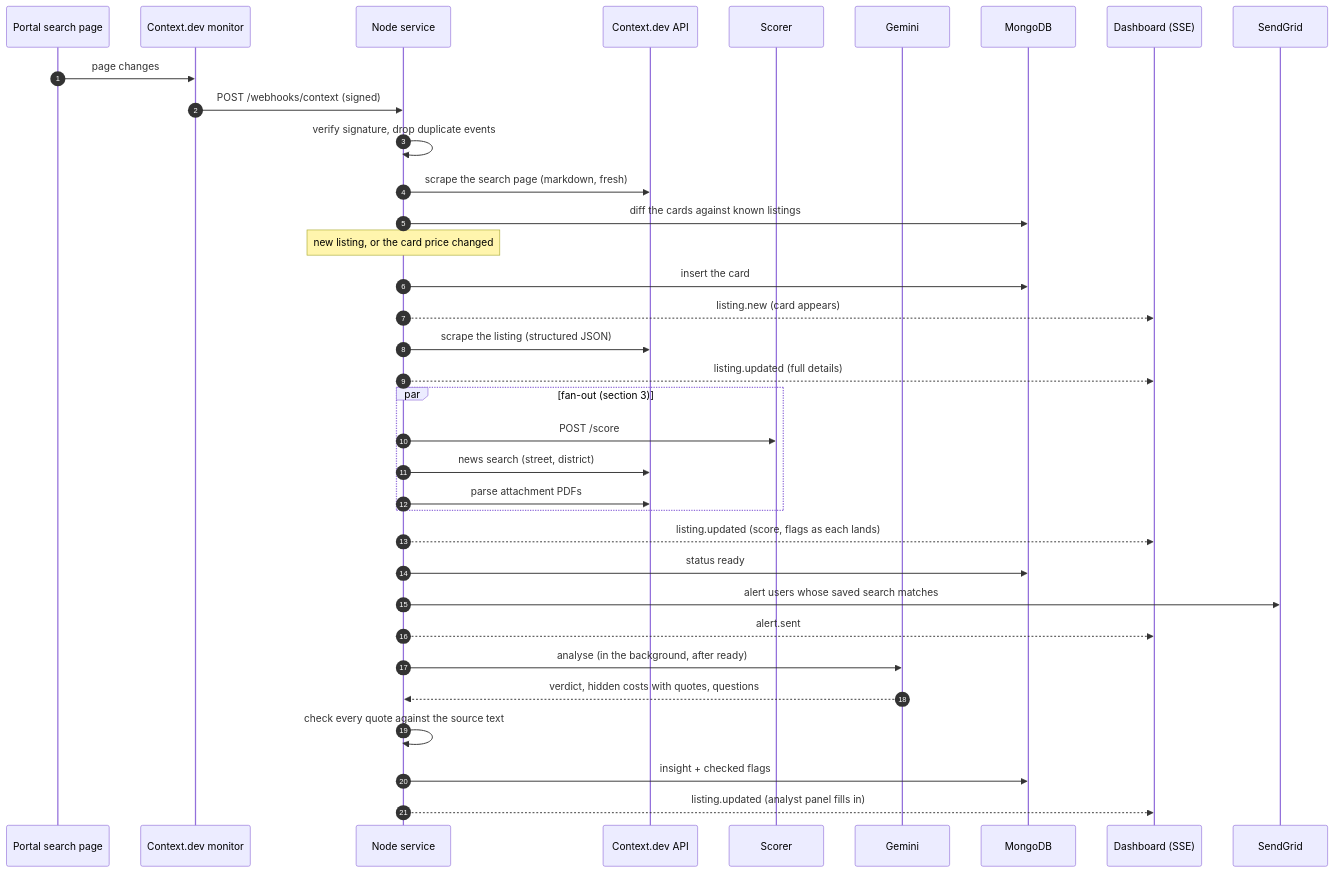
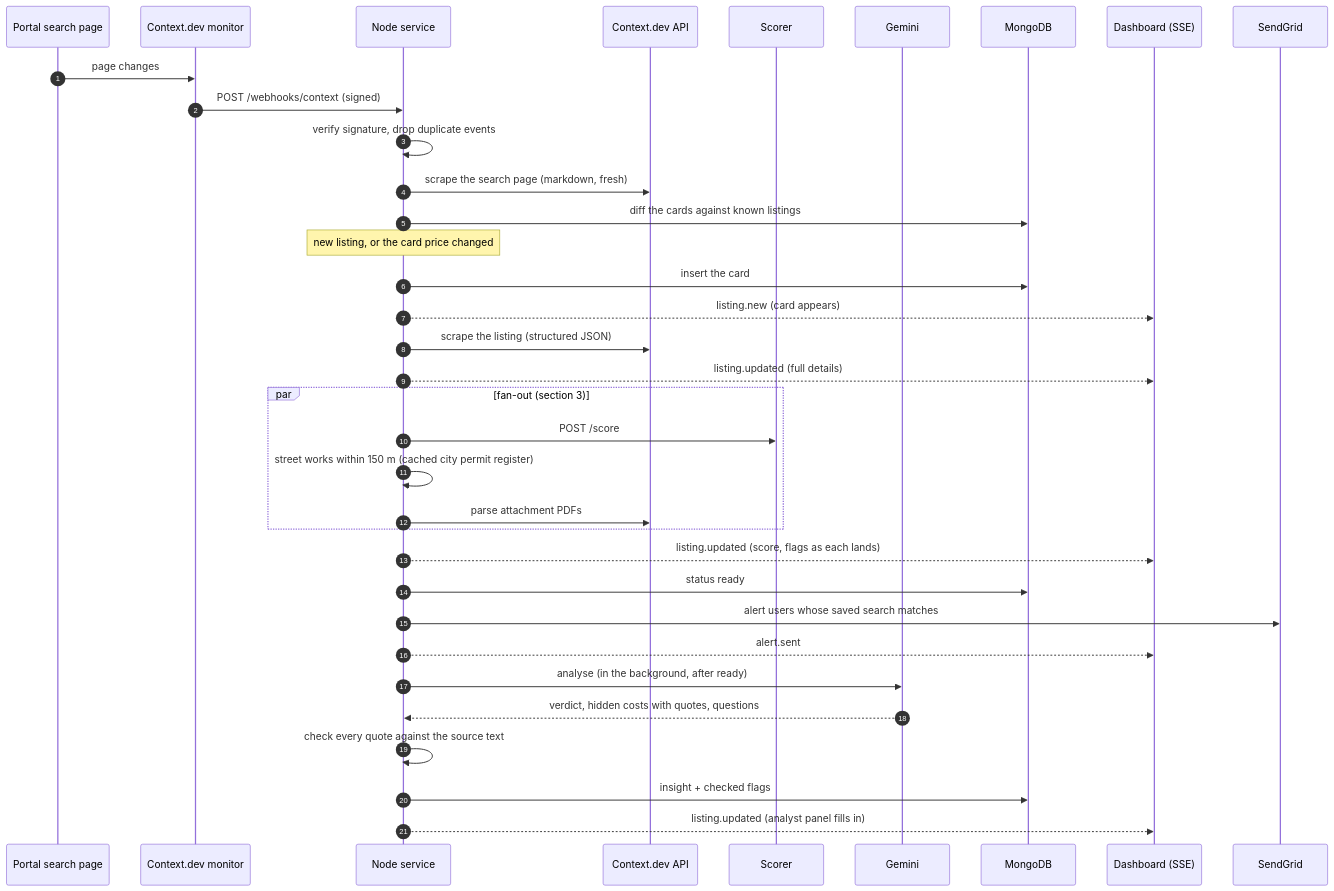
One commit to Junction26AKA/flatradar changed the second of 5 diagrams in docs/architecture.md. Above: the diagram before and after it, drawn with Mermaid. The commit also changed other lines of this file and 21 other files, not shown here.

First line of the commit message:
feat: street-works flags, price sweep, Oikotie with cross-portal dedupe, honest scores

````diff
--- a/docs/architecture.md
+++ b/docs/architecture.md
@@ -56,38 +58,38 @@
 ```mermaid
 sequenceDiagram
   autonumber
   participant P as Portal search page
   participant M as Context.dev monitor
   participant N as Node service
   participant C as Context.dev API
   participant S as Scorer
   participant G as Gemini
   participant DB as MongoDB
   participant UI as Dashboard (SSE)
   participant E as SendGrid
 
   P->>M: page changes
   M->>N: POST /webhooks/context (signed)
   N->>N: verify signature, drop duplicate events
   N->>C: scrape the search page (markdown, fresh)
   N->>DB: diff the cards against known listings
   Note over N: new listing, or the card price changed
   N->>DB: insert the card
   N-->>UI: listing.new (card appears)
   N->>C: scrape the listing (structured JSON)
   N-->>UI: listing.updated (full details)
   par fan-out (section 3)
     N->>S: POST /score
-    N->>C: news search (street, district)
+    N->>N: street works within 150 m (cached city permit register)
     N->>C: parse attachment PDFs
   end
   N-->>UI: listing.updated (score, flags as each lands)
   N->>DB: status ready
   N->>E: alert users whose saved search matches
   N-->>UI: alert.sent
   N->>G: analyse (in the background, after ready)
   G-->>N: verdict, hidden costs with quotes, questions
   N->>N: check every quote against the source text
   N->>DB: insight + checked flags
   N-->>UI: listing.updated (analyst panel fills in)
 ```
````
